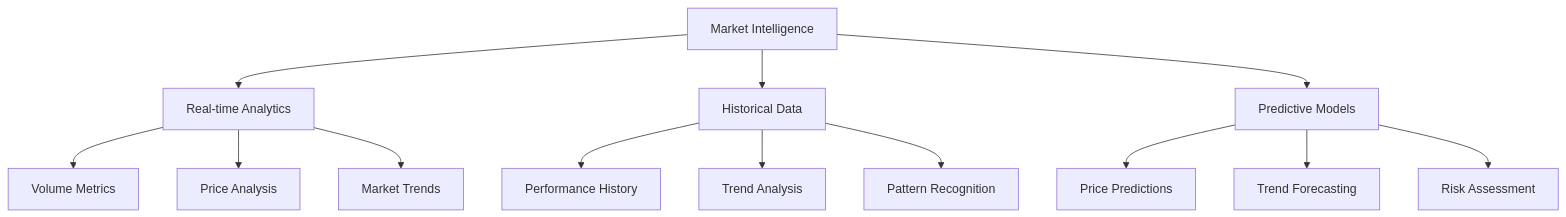
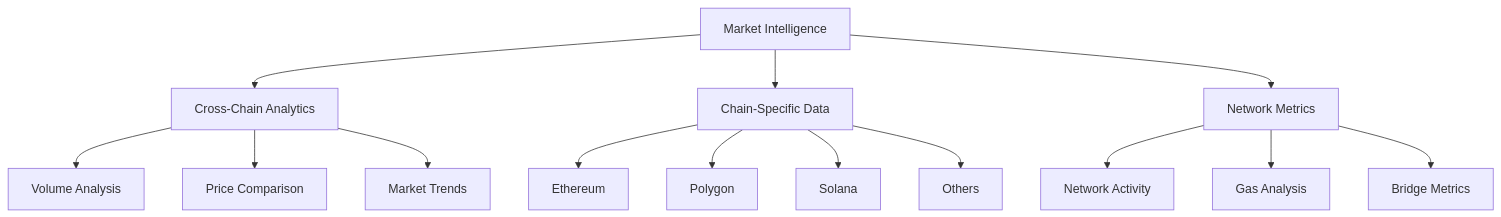
One commit to Ujjwalmittal1907/bitsBlockBazaar changed the first of 3 diagrams in VISION.md. Above: the diagram before and after it, drawn with Mermaid. The commit also changed other lines of this file and 2 other files, not shown here.

````diff
--- a/VISION.md
+++ b/VISION.md
@@ -40,18 +46,19 @@
 ```mermaid
 flowchart TB
-    A[Market Intelligence] --> B[Real-time Analytics]
-    A --> C[Historical Data]
-    A --> D[Predictive Models]
+    A[Market Intelligence] --> B[Cross-Chain Analytics]
+    A --> C[Chain-Specific Data]
+    A --> D[Network Metrics]
     
-    B --> B1[Volume Metrics]
-    B --> B2[Price Analysis]
+    B --> B1[Volume Analysis]
+    B --> B2[Price Comparison]
     B --> B3[Market Trends]
     
-    C --> C1[Performance History]
-    C --> C2[Trend Analysis]
-    C --> C3[Pattern Recognition]
+    C --> C1[Ethereum]
+    C --> C2[Polygon]
+    C --> C3[Solana]
+    C --> C4[Others]
     
-    D --> D1[Price Predictions]
-    D --> D2[Trend Forecasting]
-    D --> D3[Risk Assessment]
+    D --> D1[Network Activity]
+    D --> D2[Gas Analysis]
+    D --> D3[Bridge Metrics]
 ```
````
